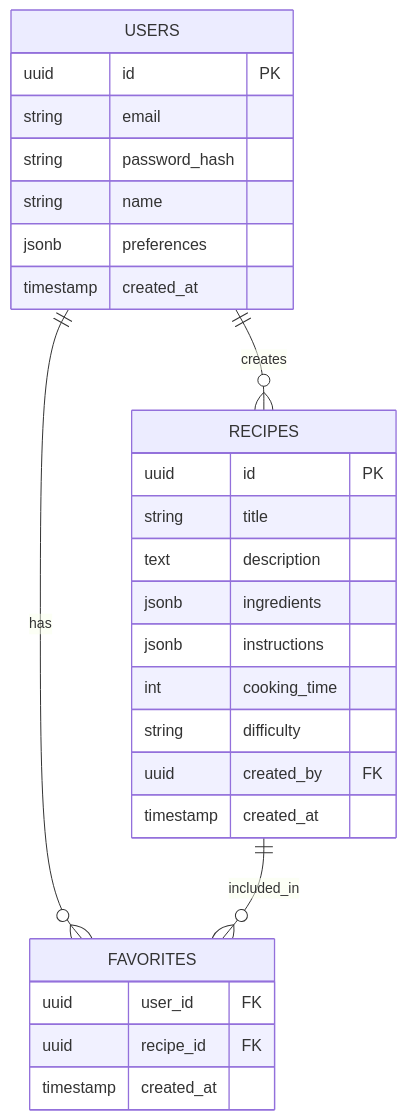
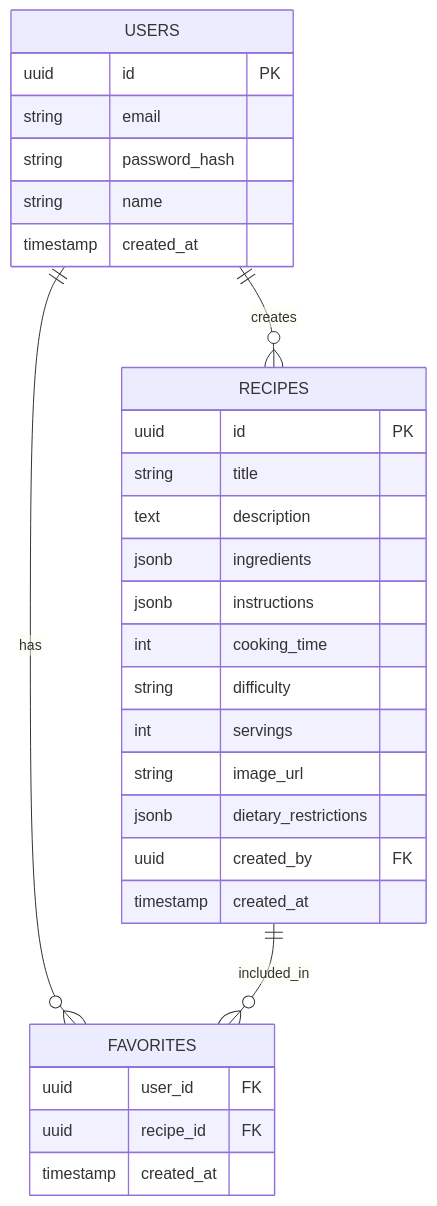
Before and after one commit to brandonecheverry/final-project-BAAE: the second of 2 diagrams in README.md, drawn with Mermaid. The commit also changed other lines of this file and 4 other files, not shown here.

````diff
--- a/README.md
+++ b/README.md
@@ -194,33 +168,35 @@
 ```mermaid
 erDiagram
     USERS ||--o{ RECIPES : creates
     USERS ||--o{ FAVORITES : has
     RECIPES ||--o{ FAVORITES : included_in
     
     USERS {
         uuid id PK
         string email
         string password_hash
         string name
-        jsonb preferences
         timestamp created_at
     }
     
     RECIPES {
         uuid id PK
         string title
         text description
         jsonb ingredients
         jsonb instructions
         int cooking_time
         string difficulty
+        int servings
+        string image_url
+        jsonb dietary_restrictions
         uuid created_by FK
         timestamp created_at
     }
     
     FAVORITES {
         uuid user_id FK
         uuid recipe_id FK
         timestamp created_at
     }
 ```
````
